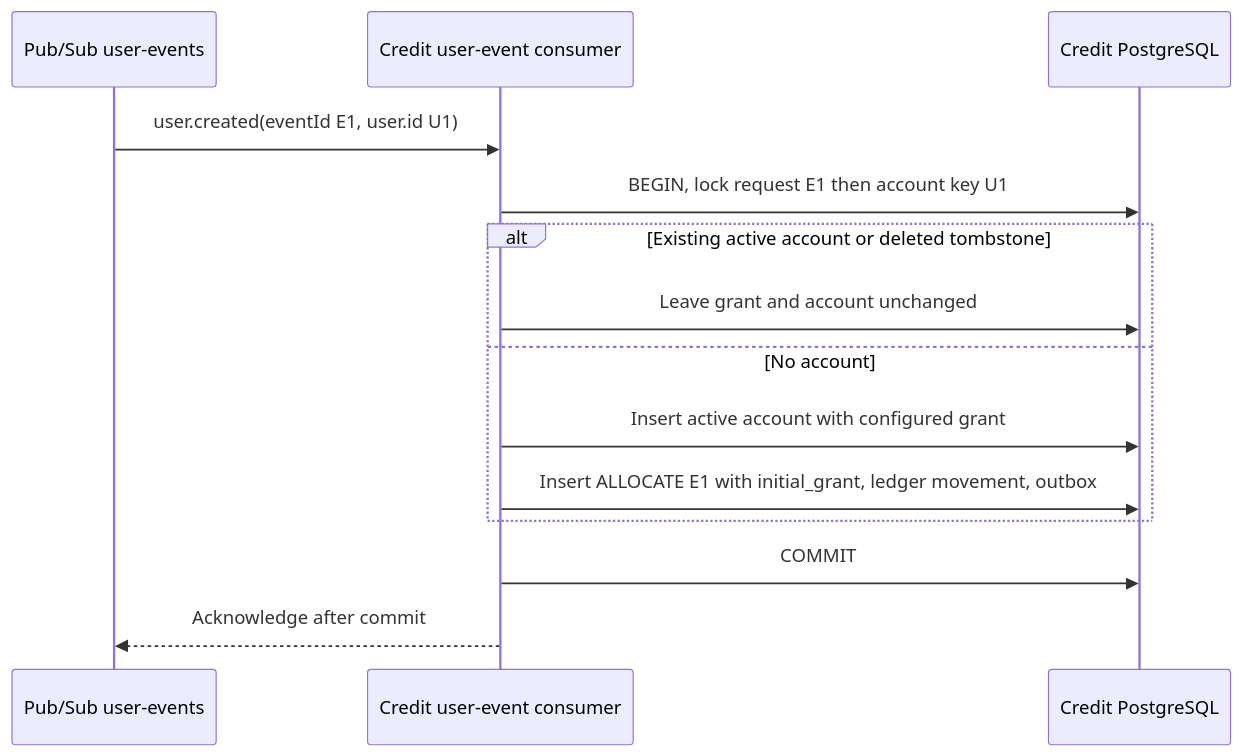
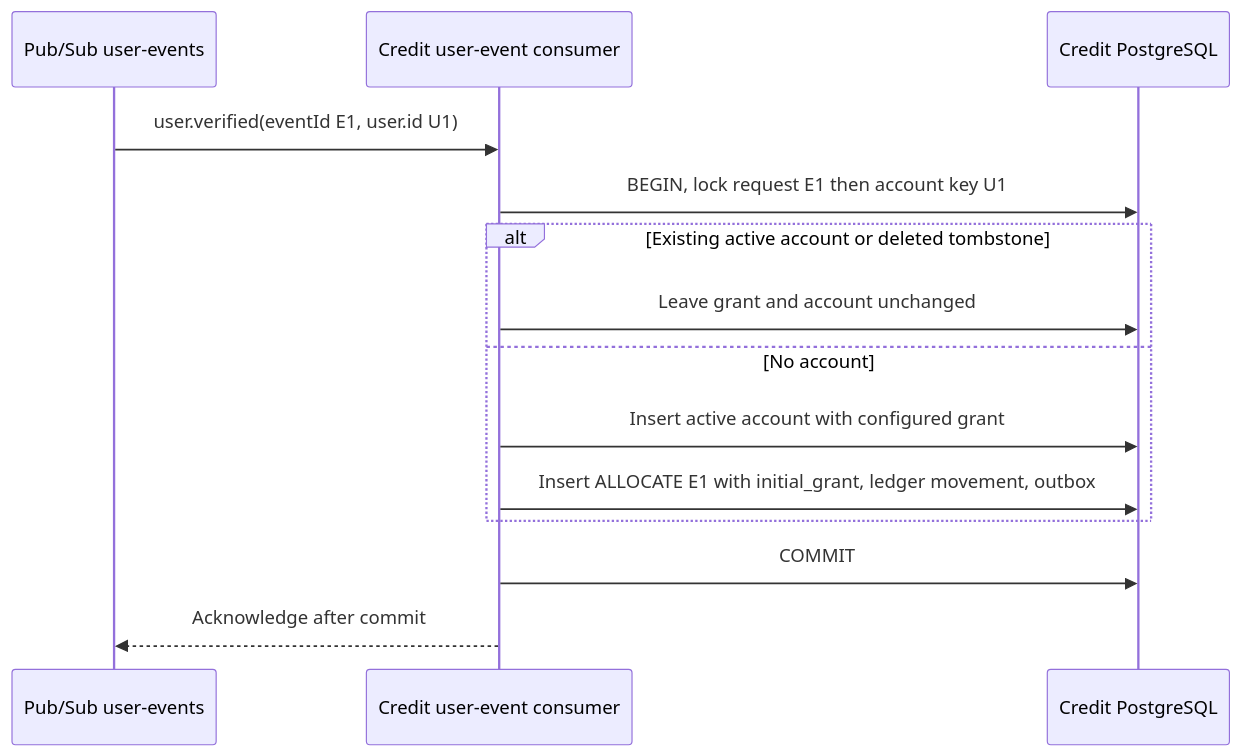
Before and after one commit to Y2627S1-CS3219-P32/Y2627S1-CS3219-P32: the third of 4 diagrams in credit-service/docs/credit-service-tech-design.md, drawn with Mermaid. The commit also changed other lines of this file and 2 other files, not shown here.

Commit message:
fix: update account provisioning to use 'user.verified' events instead of 'user.created' across documentation

````diff
--- a/credit-service/docs/credit-service-tech-design.md
+++ b/credit-service/docs/credit-service-tech-design.md
@@ -182,16 +182,16 @@
 ```mermaid
 sequenceDiagram
     participant B as Pub/Sub user-events
     participant C as Credit user-event consumer
     participant D as Credit PostgreSQL
-    B->>C: user.created(eventId E1, user.id U1)
+    B->>C: user.verified(eventId E1, user.id U1)
     C->>D: BEGIN, lock request E1 then account key U1
     alt Existing active account or deleted tombstone
         C->>D: Leave grant and account unchanged
     else No account
         C->>D: Insert active account with configured grant
         C->>D: Insert ALLOCATE E1 with initial_grant, ledger movement, outbox
     end
     C->>D: COMMIT
     C-->>B: Acknowledge after commit
 ```
````
